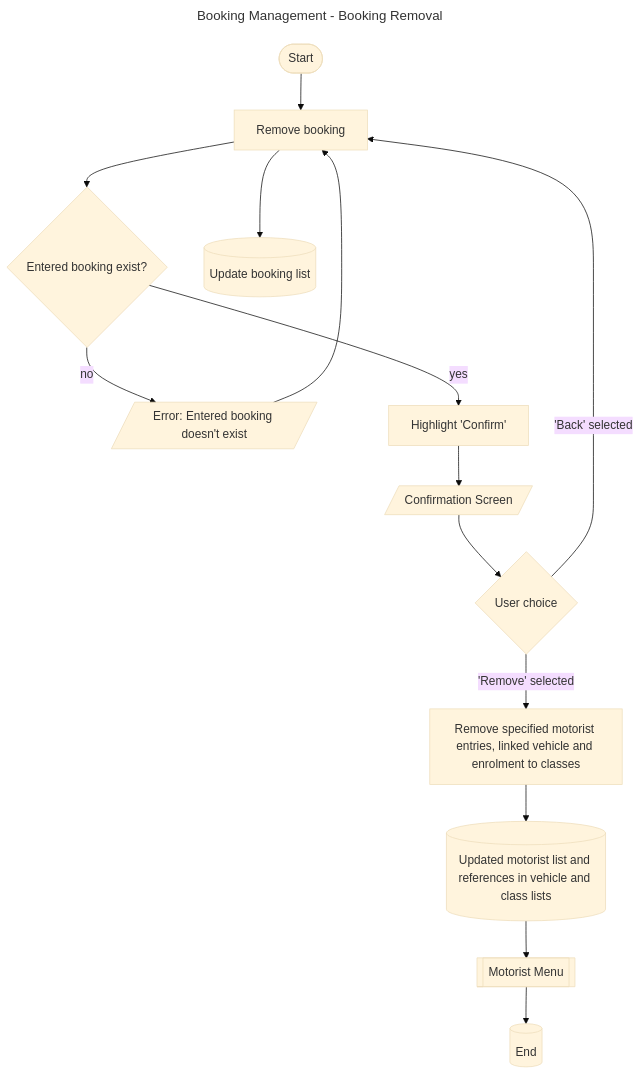
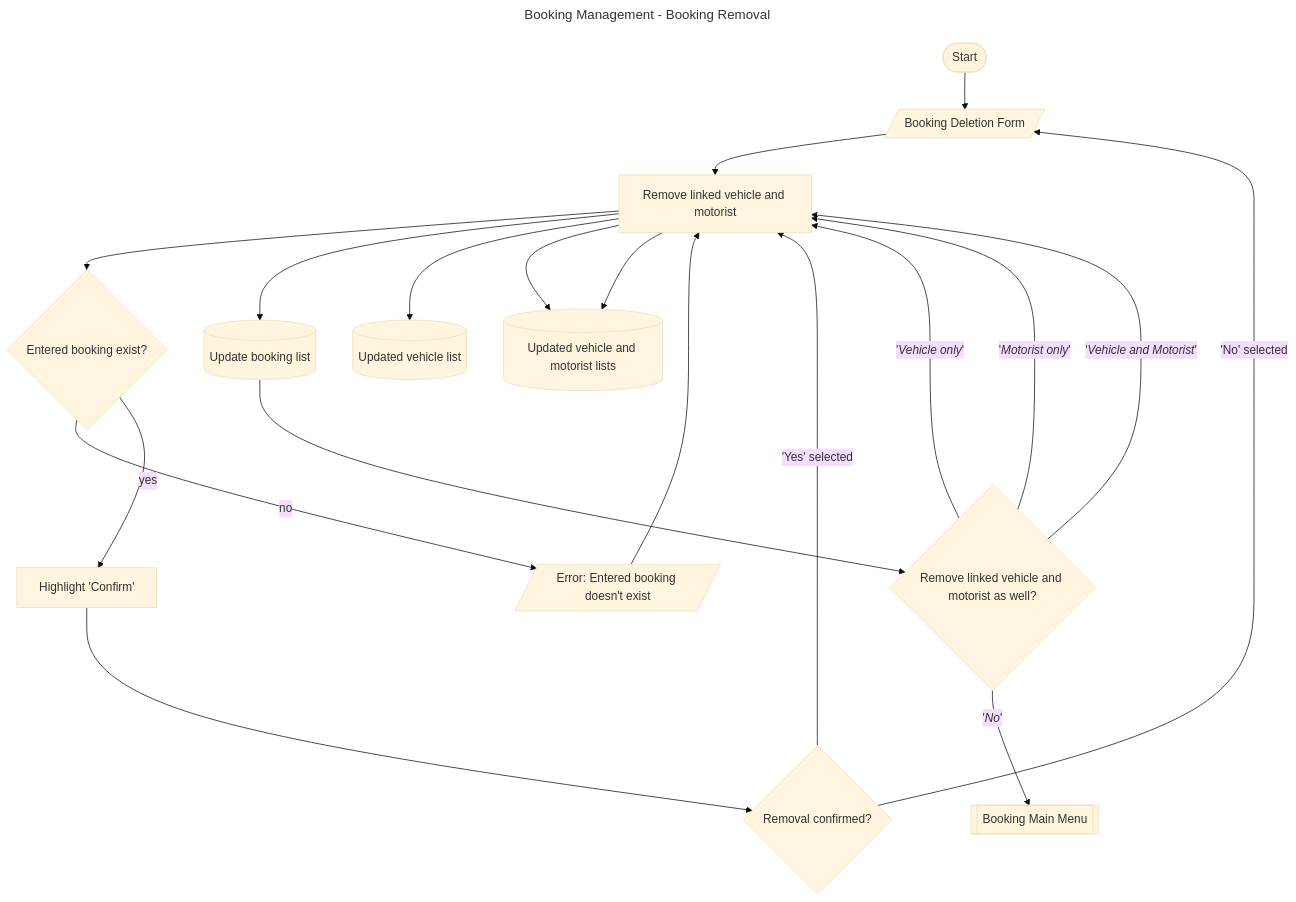
One commit to c3zbucket/advancedprogramming-project changed diagram 17 of 31 in DEVELOPMENT.md. Above: the diagram before and after it, drawn with Mermaid (base theme). The commit also changed other lines of this file, not shown here.

First line of the commit message:
amend devdiary with rectified booking section... again

````diff
--- a/DEVELOPMENT.md
+++ b/DEVELOPMENT.md
@@ -641,16 +654,20 @@
 ```mermaid
 ---
 title: Booking Management - Booking Removal
 ---
 flowchart TD
 start([Start])
- --> del[/Enter bookings to remove/]
+--> menu[/Booking Deletion Form/]
+	 --> del[/Enter bookings to remove/]
 		del --> exist2{Entered booking exist?}
 			exist2 -- no --> error[/Error: Entered booking doesn't exist/] --> del
 			exist2 -- yes --> enable2[Highlight 'Confirm']
-				enable2 --> confirm[/Confirmation Screen/]
-					confirm --> prompt2{User choice}
-						prompt2 -- 'Back' selected --> del[Remove booking] --> update[(Update booking list)]
-						prompt2 -- 'Remove' selected --> remove[Remove specified motorist entries, linked vehicle and enrolment to classes] 
-						--> db3[(Updated motorist list and references in vehicle and class lists)] --> return[[Motorist Menu]] --> finish[(End)]
+					enable2 --> prompt2{Removal confirmed?}
+						prompt2 -- 'No' selected --> menu
+						prompt2 -- 'Yes' selected --> del[Remove booking] --> update[(Update booking list)]
+					--> cascade-rem{Remove linked vehicle and motorist as well?}
+						cascade-rem -- "`'*Vehicle only*'`" --> del[Remove linked vehicle] --> db1[(Updated vehicle list)] 
+						cascade-rem -- "`'*Motorist only*'`"  --> del[Remove linked motorist] --> db2[(Updated motorist list)]
+						cascade-rem -- "`'*Vehicle *and* Motorist*'`" --> del[Remove linked vehicle and motorist] --> db2[(Updated vehicle and motorist lists)]
+						cascade-rem -- "`'*No*'`" --> return[[Booking Main Menu]]
 ```
````
